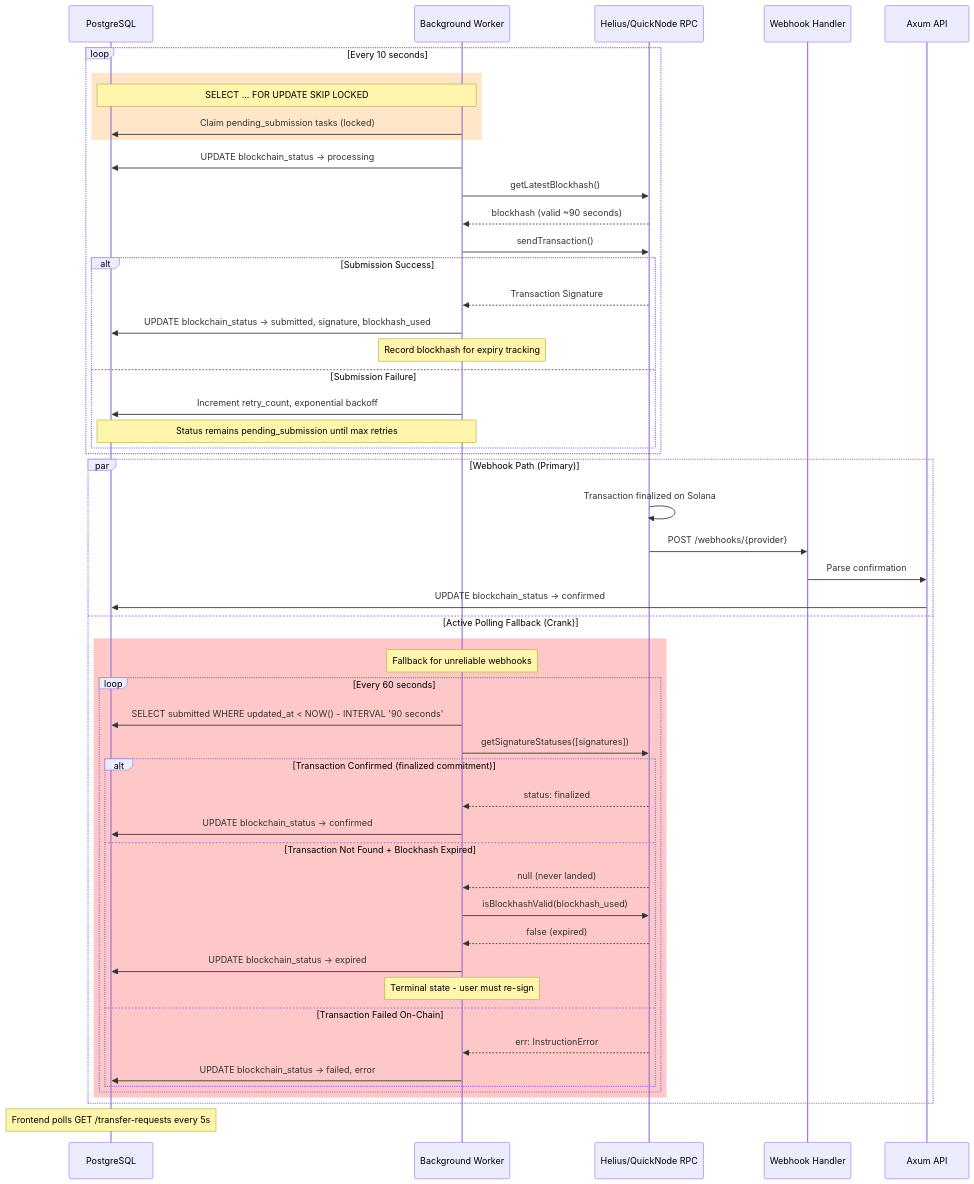
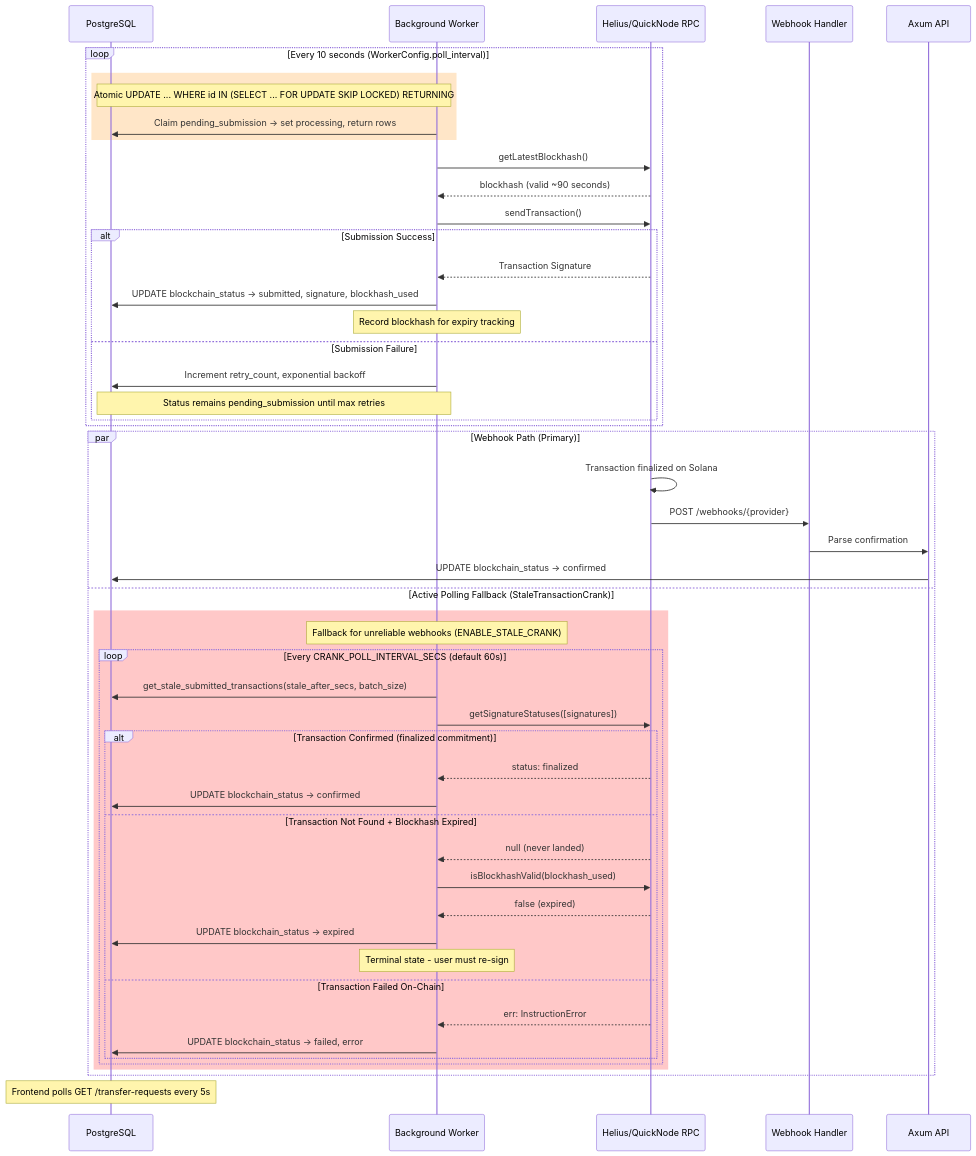
Before and after one commit to Berektassuly/solana-compliance-relayer: the second of 2 diagrams in docs/ARCHITECTURE.md, drawn with Mermaid. The commit also changed other lines of this file and 1 other file, not shown here.

````diff
--- a/docs/ARCHITECTURE.md
+++ b/docs/ARCHITECTURE.md
@@ -168,58 +173,57 @@
 ```mermaid
 sequenceDiagram
     participant DB as PostgreSQL
     participant Worker as Background Worker
     participant RPC as Helius/QuickNode RPC
     participant Webhook as Webhook Handler
     participant API as Axum API
 
-    loop Every 10 seconds
+    loop Every 10 seconds (WorkerConfig.poll_interval)
         rect rgb(255, 230, 200)
-            Note over Worker,DB: SELECT ... FOR UPDATE SKIP LOCKED
-            Worker->>DB: Claim pending_submission tasks (locked)
+            Note over Worker,DB: Atomic UPDATE ... WHERE id IN (SELECT ... FOR UPDATE SKIP LOCKED) RETURNING
+            Worker->>DB: Claim pending_submission → set processing, return rows
         end
-        Worker->>DB: UPDATE blockchain_status → processing
         Worker->>RPC: getLatestBlockhash()
         RPC-->>Worker: blockhash (valid ~90 seconds)
         Worker->>RPC: sendTransaction()
         
         alt Submission Success
             RPC-->>Worker: Transaction Signature
             Worker->>DB: UPDATE blockchain_status → submitted, signature, blockhash_used
             Note over Worker: Record blockhash for expiry tracking
         else Submission Failure
             Worker->>DB: Increment retry_count, exponential backoff
             Note over Worker,DB: Status remains pending_submission until max retries
         end
     end
 
     par Webhook Path (Primary)
         RPC->>RPC: Transaction finalized on Solana
         RPC->>Webhook: POST /webhooks/{provider}
         Webhook->>API: Parse confirmation
         API->>DB: UPDATE blockchain_status → confirmed
-    and Active Polling Fallback (Crank)
+    and Active Polling Fallback (StaleTransactionCrank)
         rect rgb(255, 200, 200)
-            Note over Worker: Fallback for unreliable webhooks
-            loop Every 60 seconds
-                Worker->>DB: SELECT submitted WHERE updated_at < NOW() - INTERVAL '90 seconds'
+            Note over Worker: Fallback for unreliable webhooks (ENABLE_STALE_CRANK)
+            loop Every CRANK_POLL_INTERVAL_SECS (default 60s)
+                Worker->>DB: get_stale_submitted_transactions(stale_after_secs, batch_size)
                 Worker->>RPC: getSignatureStatuses([signatures])
                 alt Transaction Confirmed (finalized commitment)
                     RPC-->>Worker: status: finalized
                     Worker->>DB: UPDATE blockchain_status → confirmed
                 else Transaction Not Found + Blockhash Expired
                     RPC-->>Worker: null (never landed)
                     Worker->>RPC: isBlockhashValid(blockhash_used)
                     RPC-->>Worker: false (expired)
                     Worker->>DB: UPDATE blockchain_status → expired
                     Note over Worker: Terminal state - user must re-sign
                 else Transaction Failed On-Chain
                     RPC-->>Worker: err: InstructionError
                     Worker->>DB: UPDATE blockchain_status → failed, error
                 end
             end
         end
     end
 
     Note over DB: Frontend polls GET /transfer-requests every 5s
 ```
````
